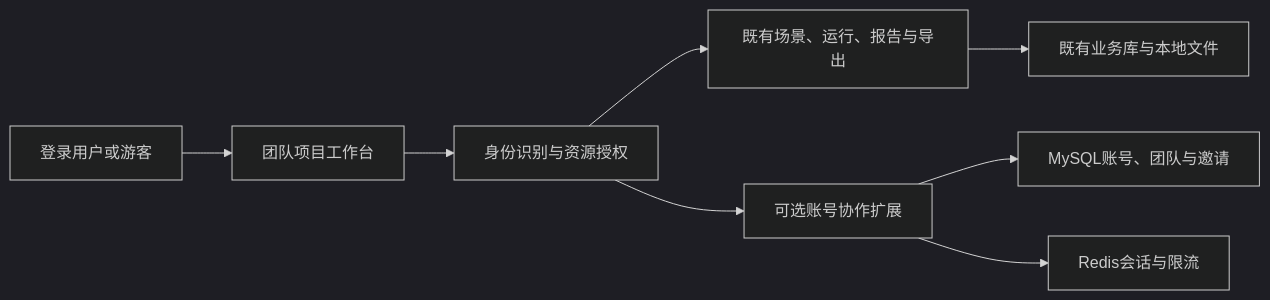
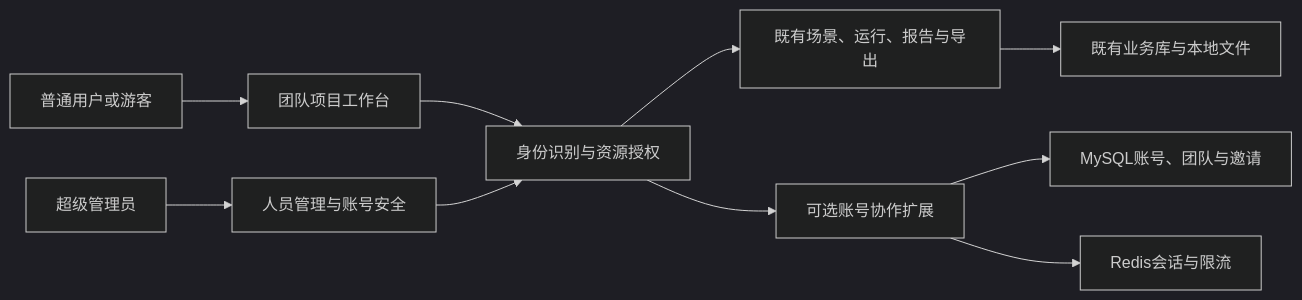
One commit to Honkey-y/docs changed the first of 4 diagrams in 压测平台/账号权限/规划/账号与团队项目规范.md. Above: the diagram before and after it, drawn with Mermaid (dark theme). The commit also changed other lines of this file and 5 other files, not shown here.

````diff
--- a/压测平台/账号权限/规划/账号与团队项目规范.md
+++ b/压测平台/账号权限/规划/账号与团队项目规范.md
@@ -12,10 +12,12 @@
 ```mermaid
 flowchart LR
-  人员[登录用户或游客] --> 入口[团队项目工作台]
+  人员[普通用户或游客] --> 入口[团队项目工作台]
   入口 --> 访问[身份识别与资源授权]
+  超管[超级管理员] --> 管理[人员管理与账号安全]
+  管理 --> 访问
   访问 --> 业务[既有场景、运行、报告与导出]
   访问 --> 账号[可选账号协作扩展]
   账号 --> 数据[MySQL账号、团队与邀请]
   账号 --> 缓存[Redis会话与限流]
   业务 --> 产物[既有业务库与本地文件]
 ```
````
